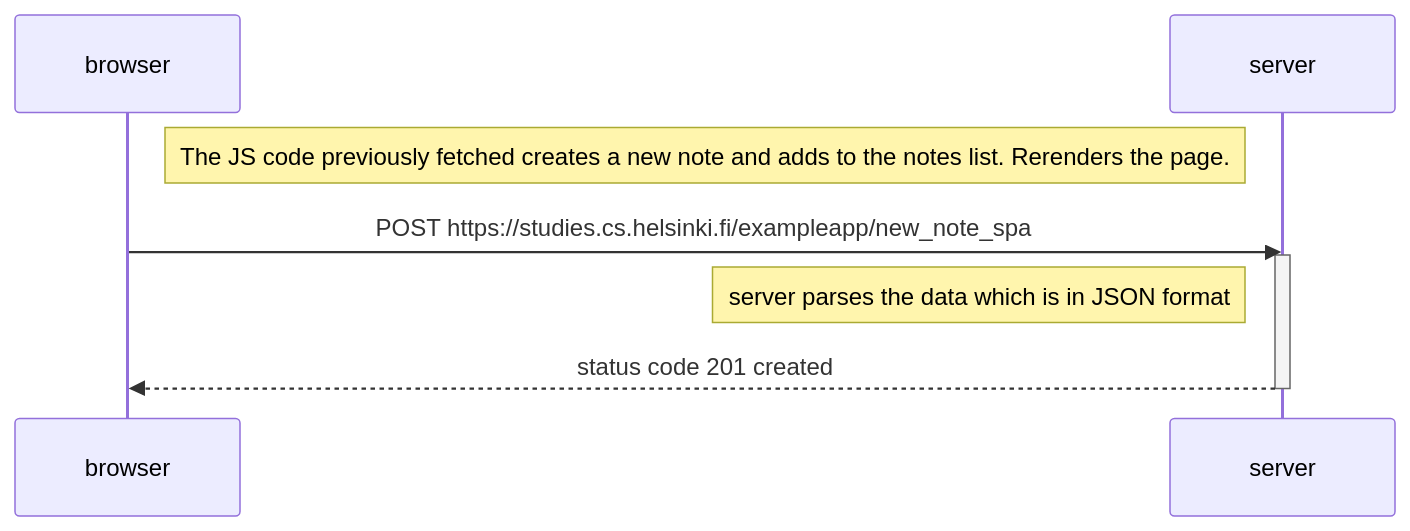
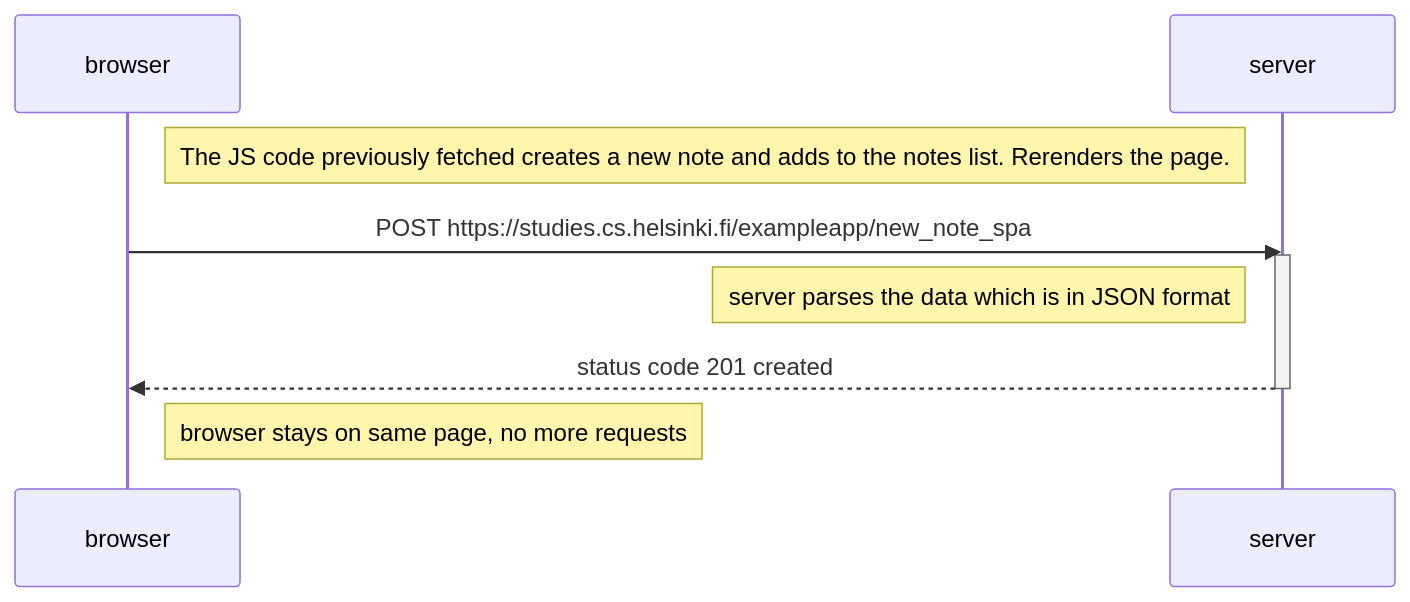
The diagram in submissions/part0/part0exercise6.md (flavieq88/fullstack_course), drawn with Mermaid before and after one commit. The commit also changed other lines of this file, not shown here.

Commit message:
modified part0exercise6

````diff
--- a/submissions/part0/part0exercise6.md
+++ b/submissions/part0/part0exercise6.md
@@ -6,16 +6,18 @@
 ```mermaid
 sequenceDiagram
     participant browser
     participant server
 
     Note right of browser: The JS code previously fetched creates a new note and adds to the notes list. Rerenders the page.
 
     browser->>server: POST https://studies.cs.helsinki.fi/exampleapp/new_note_spa
     activate server
 
     Note left of server: server parses the data which is in JSON format
 
     server-->>browser: status code 201 created
     deactivate server
+
+    Note right of browser: browser stays on same page, no more requests
     
 ```
````
